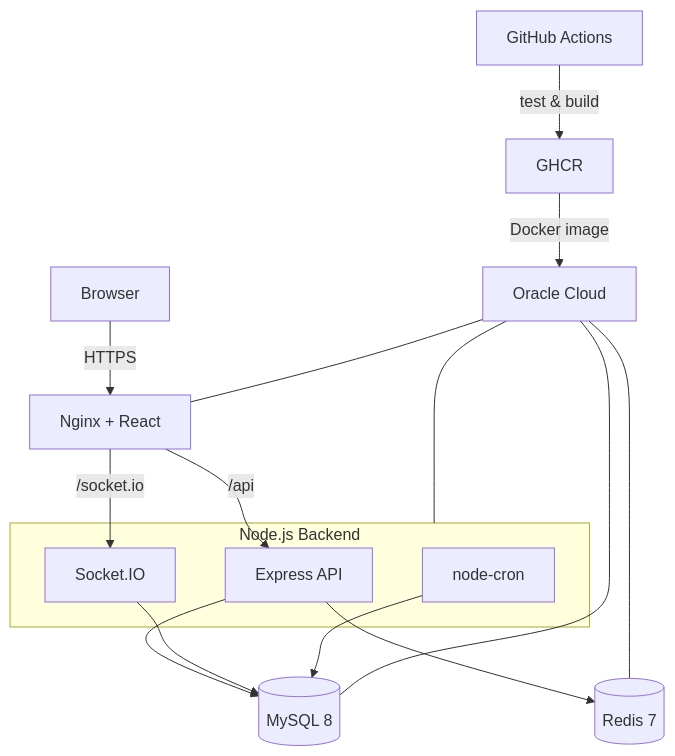
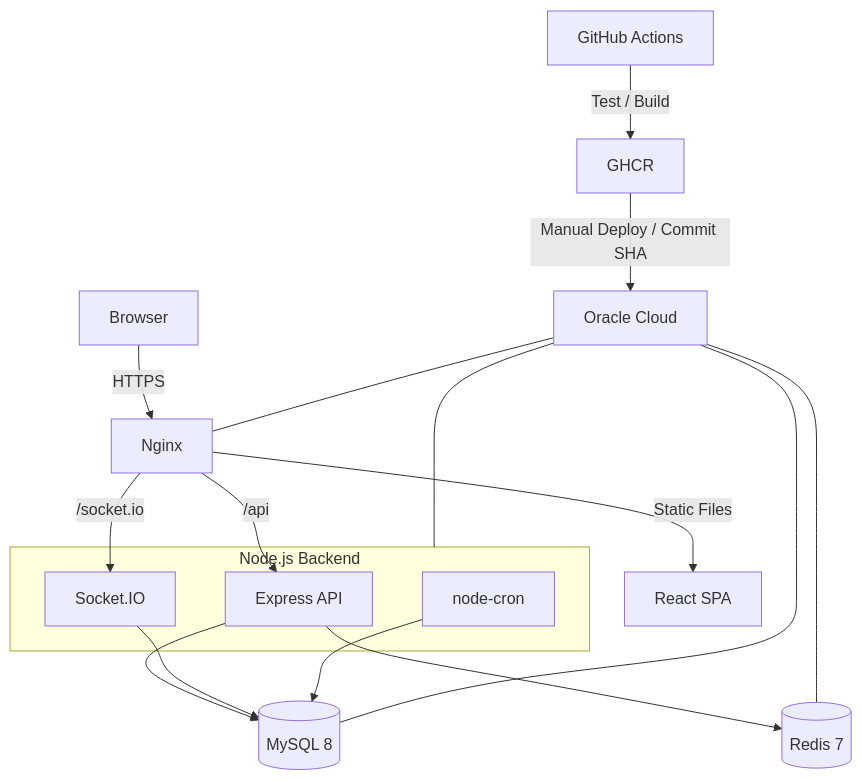
The second of 7 diagrams in README.md (recycle385/calendar), drawn with Mermaid before and after one commit. The commit also changed other lines of this file and 12 other files, not shown here.

````diff
--- a/README.md
+++ b/README.md
@@ -116,24 +100,27 @@
 ```mermaid
 flowchart TB
-    User[Browser] -->|HTTPS| Nginx[Nginx + React]
-    Nginx -->|/api| API
-    Nginx -->|/socket.io| Socket
+    Browser[Browser]
+
+    Browser -->|HTTPS| Nginx[Nginx]
+    Nginx -->|Static Files| React[React SPA]
+    Nginx -->|/api| API[Express API]
+    Nginx -->|/socket.io| Socket[Socket.IO]
 
     subgraph Backend[Node.js Backend]
-        API[Express API]
-        Socket[Socket.IO]
+        API
+        Socket
         Cron[node-cron]
     end
 
     API --> MySQL[(MySQL 8)]
     API --> Redis[(Redis 7)]
     Socket --> MySQL
     Cron --> MySQL
 
-    GitHub[GitHub Actions] -->|test & build| GHCR[GHCR]
-    GHCR -->|Docker image| Server[Oracle Cloud]
-    Server --- Nginx
-    Server --- Backend
-    Server --- MySQL
-    Server --- Redis
+    Actions[GitHub Actions] -->|Test / Build| GHCR[GHCR]
+    GHCR -->|Manual Deploy / Commit SHA| Oracle[Oracle Cloud]
+    Oracle --- Nginx
+    Oracle --- Backend
+    Oracle --- MySQL
+    Oracle --- Redis
 ```
````
